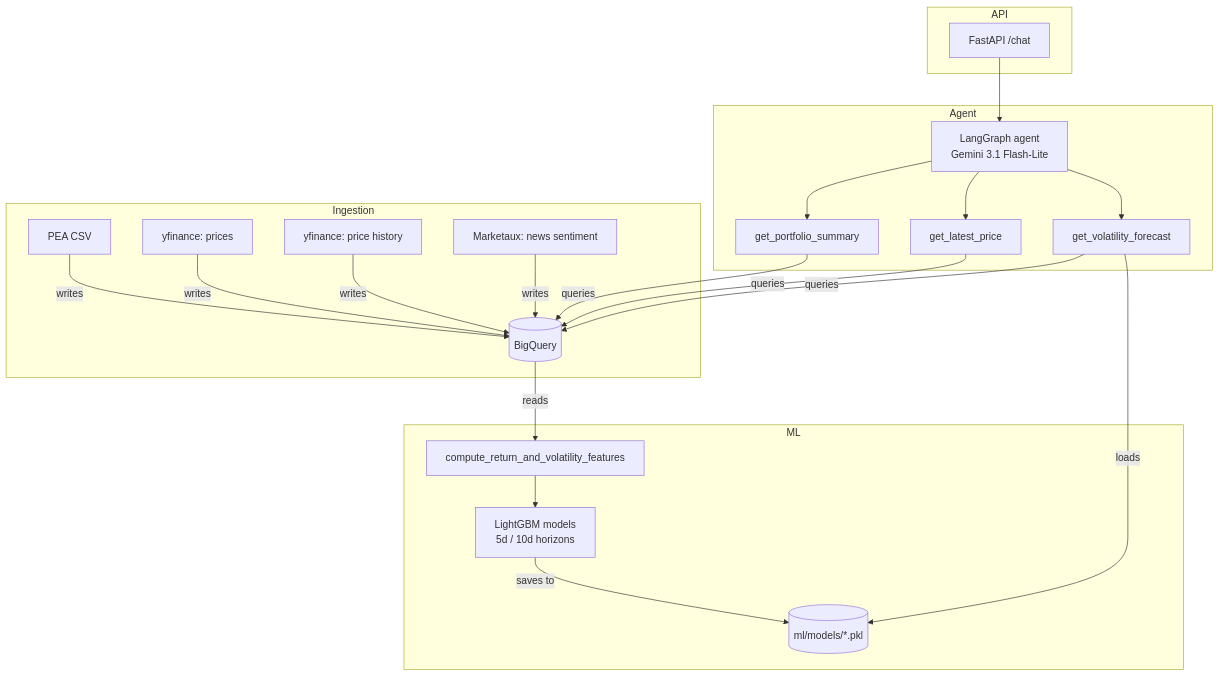
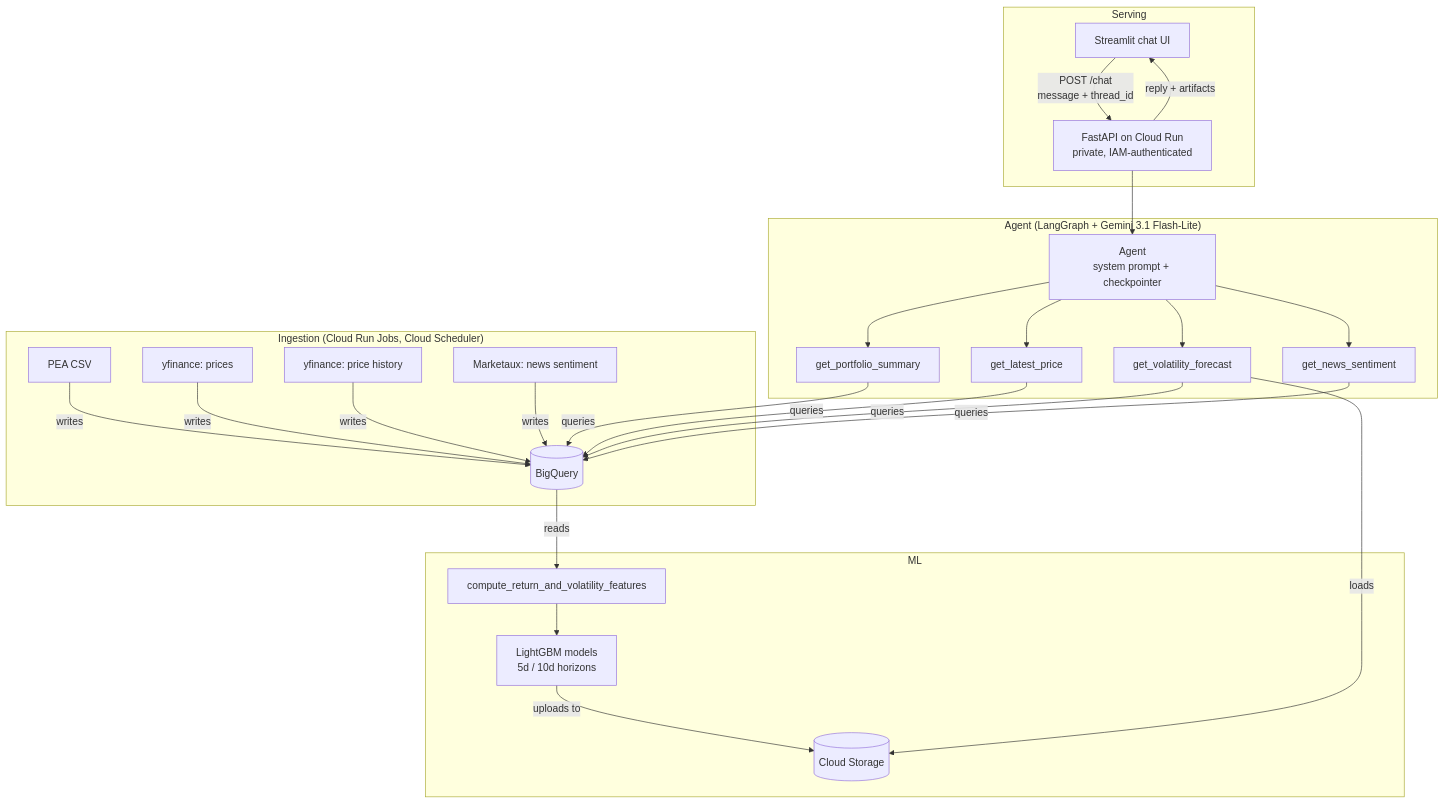
The diagram in README.md (TLiemNGY/portfolio-mle-finance), drawn with Mermaid before and after one commit. The commit also changed other lines of this file and 6 other files, not shown here.

````diff
--- a/README.md
+++ b/README.md
@@ -27,29 +48,33 @@
 ```mermaid
 flowchart TD
-    subgraph Ingestion
+    subgraph Ingestion["Ingestion (Cloud Run Jobs, Cloud Scheduler)"]
         A1[PEA CSV] -->|writes| B[(BigQuery)]
         A2[yfinance: prices] -->|writes| B
         A3[yfinance: price history] -->|writes| B
         A4[Marketaux: news sentiment] -->|writes| B
     end
 
     subgraph ML
         B -->|reads| C[compute_return_and_volatility_features]
         C --> D[LightGBM models<br/>5d / 10d horizons]
-        D -->|saves to| E[(ml/models/*.pkl)]
+        D -->|uploads to| E[(Cloud Storage)]
     end
 
-    subgraph Agent
-        F[LangGraph agent<br/>Gemini 3.1 Flash-Lite] --> G[get_portfolio_summary]
+    subgraph Agent["Agent (LangGraph + Gemini 3.1 Flash-Lite)"]
+        F[Agent<br/>system prompt + checkpointer] --> G[get_portfolio_summary]
         F --> H[get_latest_price]
         F --> I[get_volatility_forecast]
+        F --> K[get_news_sentiment]
         G -->|queries| B
         H -->|queries| B
         I -->|queries| B
         I -->|loads| E
+        K -->|queries| B
     end
 
-    subgraph API
-        J[FastAPI /chat] --> F
+    subgraph Serving
+        U[Streamlit chat UI] -->|POST /chat<br/>message + thread_id| J[FastAPI on Cloud Run<br/>private, IAM-authenticated]
+        J --> F
+        J -->|reply + artifacts| U
     end
 ```
````
